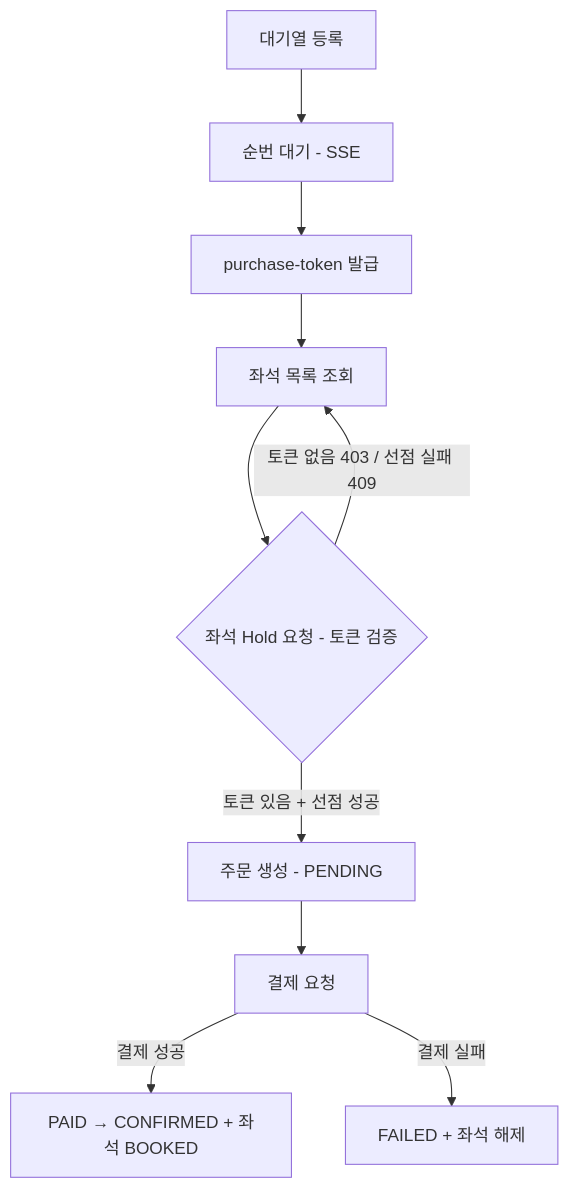
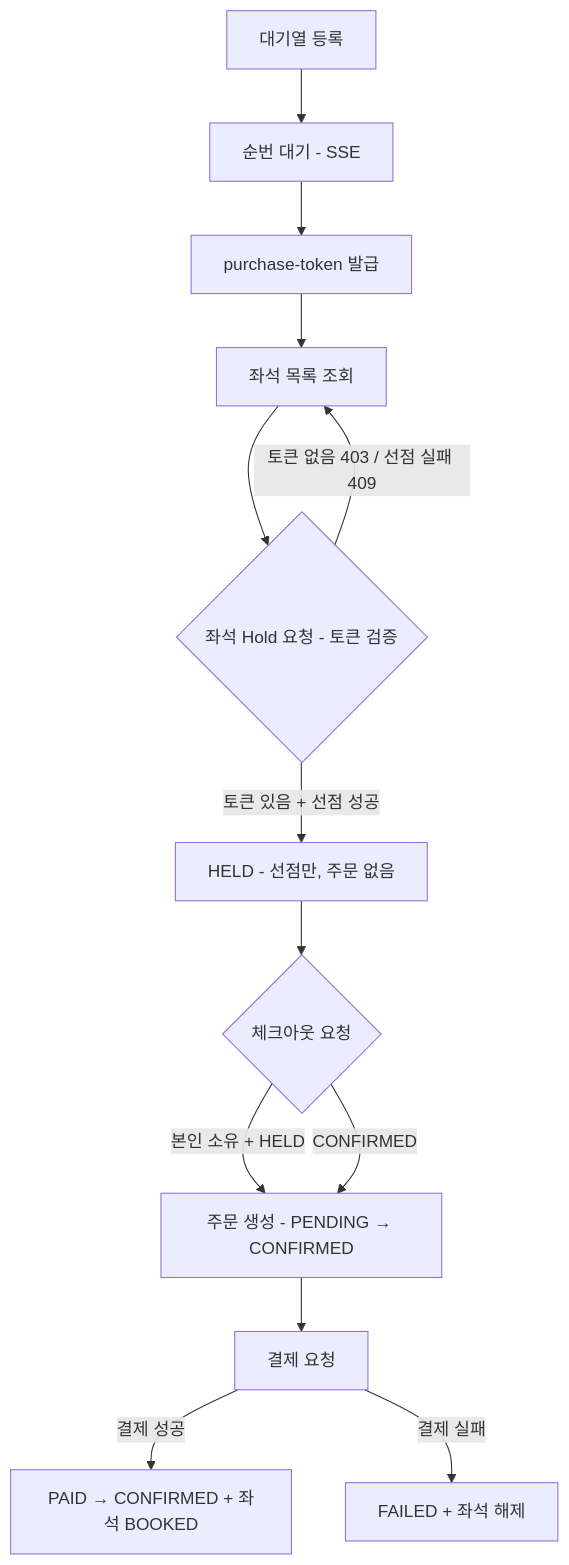
The first of 2 diagrams in docs/ticketing-service/README.md (6pm-sparta/6pm), drawn with Mermaid before and after one commit. The commit also changed other lines of this file and 4 other files, not shown here.

````diff
--- a/docs/ticketing-service/README.md
+++ b/docs/ticketing-service/README.md
@@ -79,19 +79,24 @@
 ```mermaid
 flowchart TD
     A[대기열 등록]
     B[순번 대기 - SSE]
     C[purchase-token 발급]
     E[좌석 목록 조회]
     F{좌석 Hold 요청 - 토큰 검증}
-    G[주문 생성 - PENDING]
+    G0[HELD - 선점만, 주문 없음]
+    G1{체크아웃 요청}
+    G[주문 생성 - PENDING → CONFIRMED]
     H[결제 요청]
     I[PAID → CONFIRMED + 좌석 BOOKED]
     J[FAILED + 좌석 해제]
 
     A --> B --> C --> E
     E --> F
-    F -->|토큰 있음 + 선점 성공| G --> H
+    F -->|토큰 있음 + 선점 성공| G0
     F -->|토큰 없음 403 / 선점 실패 409| E
+    G0 --> G1
+    G1 -->|본인 소유 + HELD| G --> H
+    G1 -->|CONFIRMED| G
     H -->|결제 성공| I
     H -->|결제 실패| J
 ```
````
